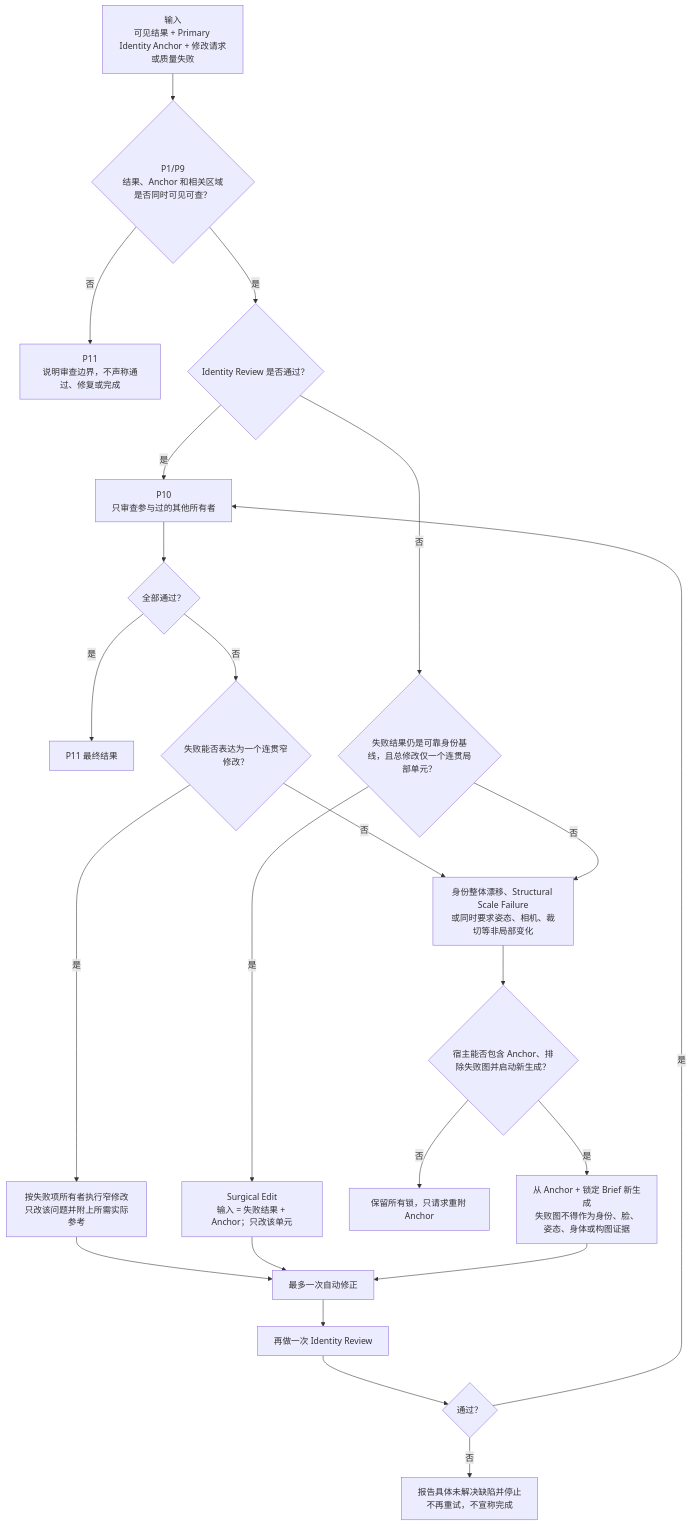
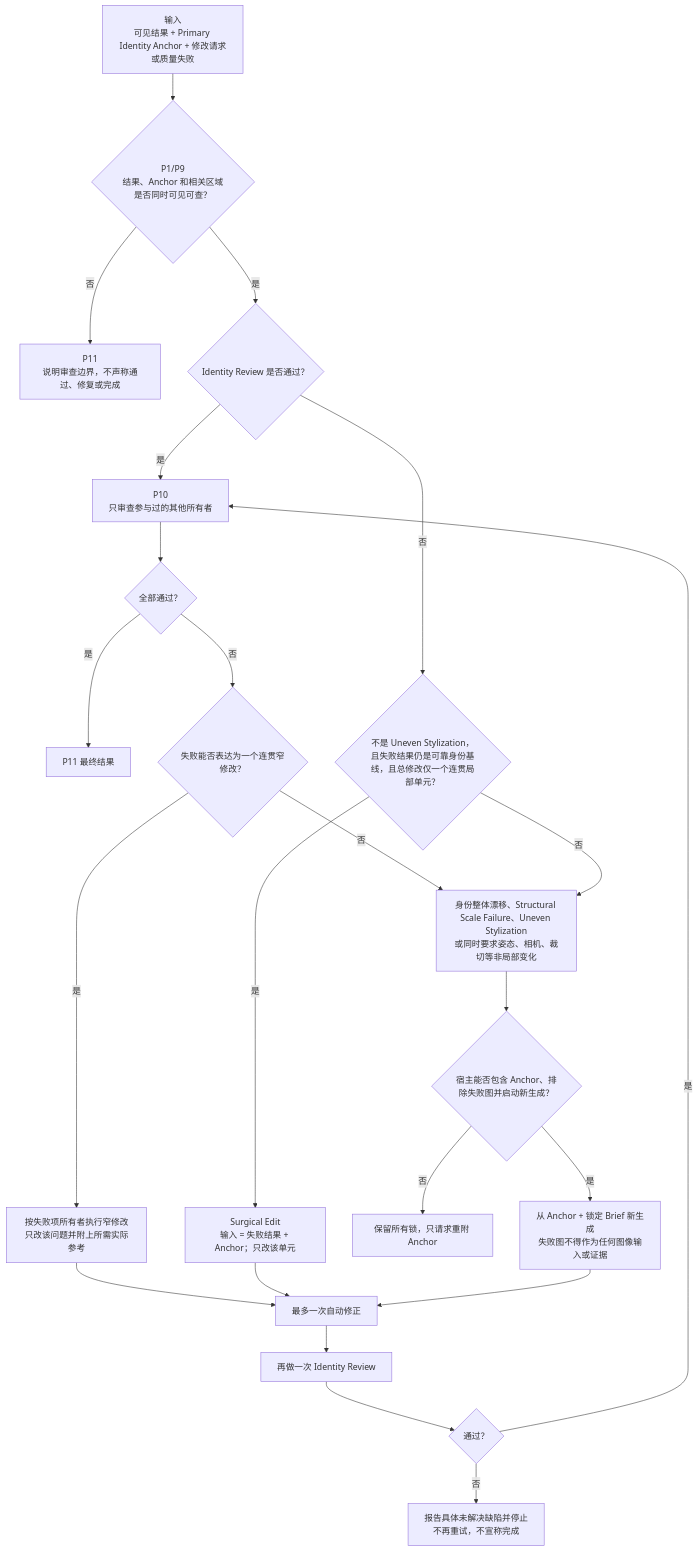
Diagram 12 of 13 in docs/architecture.md (cyaoc/cast-me), drawn with Mermaid before and after one commit. The commit also changed other lines of this file and 4 other files, not shown here.

Commit message:
feat: regenerate uneven stylization

````diff
--- a/docs/architecture.md
+++ b/docs/architecture.md
@@ -391,25 +391,25 @@
 ```mermaid
 flowchart TD
     U["输入<br/>可见结果 + Primary Identity Anchor + 修改请求或质量失败"] --> AVAILABLE{"P1/P9<br/>结果、Anchor 和相关区域是否同时可见可查？"}
     AVAILABLE -- 否 --> B["P11<br/>说明审查边界，不声称通过、修复或完成"]
     AVAILABLE -- 是 --> IR{"Identity Review 是否通过？"}
     IR -- 是 --> OWNER["P10<br/>只审查参与过的其他所有者"]
     OWNER --> PASS{"全部通过？"}
     PASS -- 是 --> O["P11 最终结果"]
     PASS -- 否 --> OWNERSCOPE{"失败能否表达为一个连贯窄修改？"}
     OWNERSCOPE -- 是 --> LOCAL["按失败项所有者执行窄修改<br/>只改该问题并附上所需实际参考"]
     OWNERSCOPE -- 否 --> WIDE
-    IR -- 否 --> RELIABLE{"失败结果仍是可靠身份基线，且总修改仅一个连贯局部单元？"}
+    IR -- 否 --> RELIABLE{"不是 Uneven Stylization，且失败结果仍是可靠身份基线，且总修改仅一个连贯局部单元？"}
     RELIABLE -- 是 --> EDIT["Surgical Edit<br/>输入 = 失败结果 + Anchor；只改该单元"]
-    RELIABLE -- 否 --> WIDE["身份整体漂移、Structural Scale Failure<br/>或同时要求姿态、相机、裁切等非局部变化"]
+    RELIABLE -- 否 --> WIDE["身份整体漂移、Structural Scale Failure、Uneven Stylization<br/>或同时要求姿态、相机、裁切等非局部变化"]
     WIDE --> CAP{"宿主能否包含 Anchor、排除失败图并启动新生成？"}
     CAP -- 否 --> REATTACH["保留所有锁，只请求重附 Anchor"]
-    CAP -- 是 --> REGEN["从 Anchor + 锁定 Brief 新生成<br/>失败图不得作为身份、脸、姿态、身体或构图证据"]
+    CAP -- 是 --> REGEN["从 Anchor + 锁定 Brief 新生成<br/>失败图不得作为任何图像输入或证据"]
     LOCAL --> ONCE["最多一次自动修正"]
     EDIT --> ONCE
     REGEN --> ONCE
     ONCE --> AGAIN["再做一次 Identity Review"]
     AGAIN --> END{"通过？"}
     END -- 是 --> OWNER
     END -- 否 --> STOP["报告具体未解决缺陷并停止<br/>不再重试，不宣称完成"]
 ```
````
